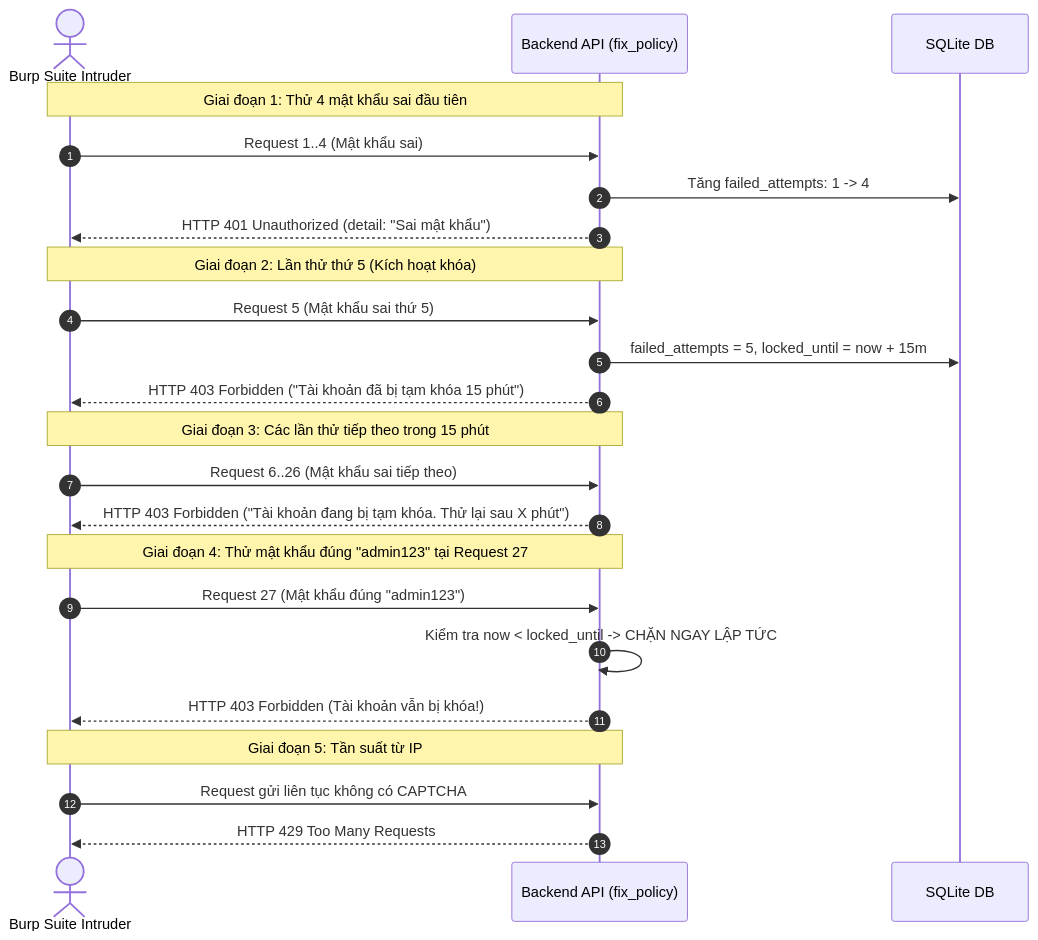
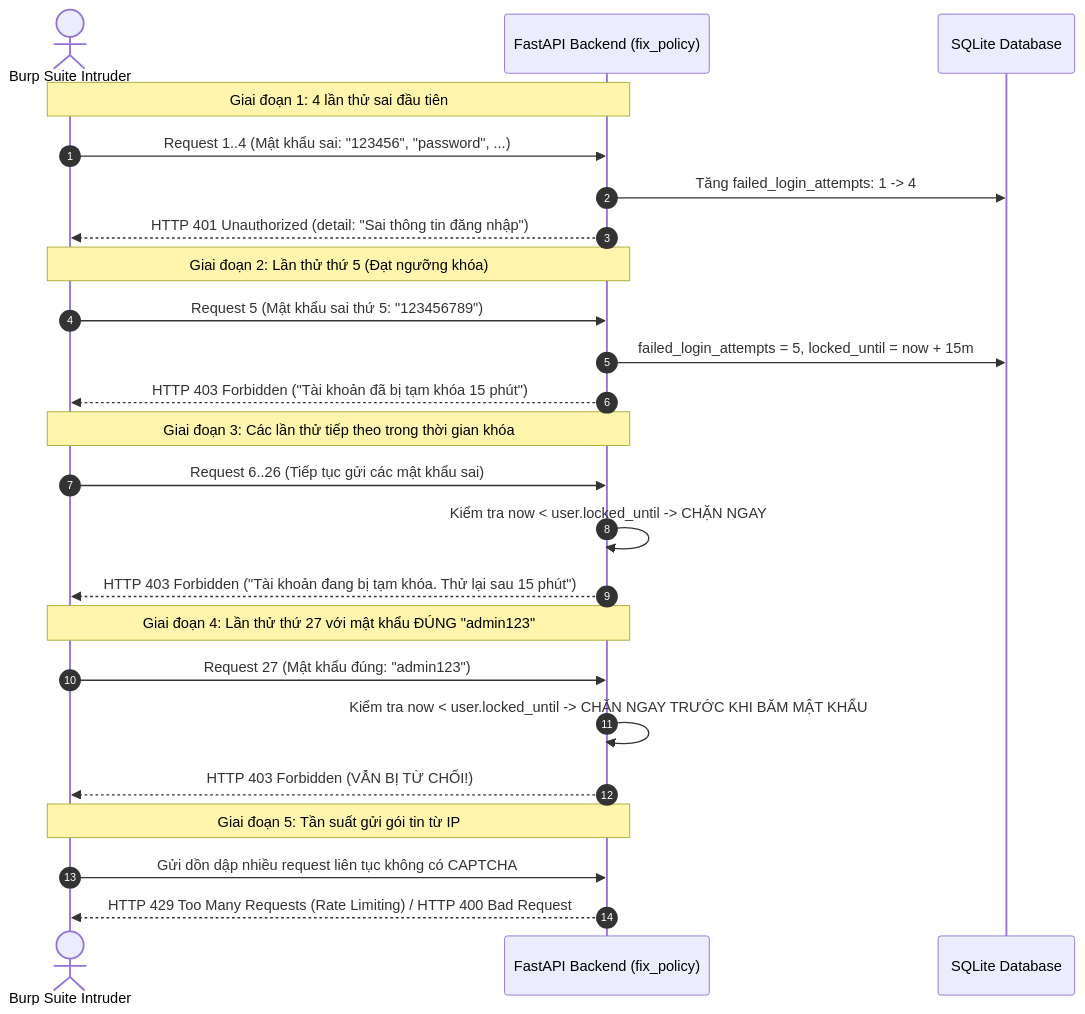
One commit to Johnyyd/ATMMT changed the diagram in chapter_content/Chuong4_TrienKhaiPhongThuVaPhanTich.md. Above: the diagram before and after it, drawn with Mermaid. The commit also changed other lines of this file and 6 other files, not shown here.

````diff
--- a/chapter_content/Chuong4_TrienKhaiPhongThuVaPhanTich.md
+++ b/chapter_content/Chuong4_TrienKhaiPhongThuVaPhanTich.md
@@ -156,30 +166,31 @@
 ```mermaid
 sequenceDiagram
     autonumber
     actor Attacker as Burp Suite Intruder
-    participant Server as Backend API (fix_policy)
-    participant DB as SQLite DB
+    participant Server as FastAPI Backend (fix_policy)
+    participant DB as SQLite Database
 
-    Note over Attacker,Server: Giai đoạn 1: Thử 4 mật khẩu sai đầu tiên
-    Attacker->>Server: Request 1..4 (Mật khẩu sai)
-    Server->>DB: Tăng failed_attempts: 1 -> 4
-    Server-->>Attacker: HTTP 401 Unauthorized (detail: "Sai mật khẩu")
+    Note over Attacker,Server: Giai đoạn 1: 4 lần thử sai đầu tiên
+    Attacker->>Server: Request 1..4 (Mật khẩu sai: "123456", "password", ...)
+    Server->>DB: Tăng failed_login_attempts: 1 -> 4
+    Server-->>Attacker: HTTP 401 Unauthorized (detail: "Sai thông tin đăng nhập")
 
-    Note over Attacker,Server: Giai đoạn 2: Lần thử thứ 5 (Kích hoạt khóa)
-    Attacker->>Server: Request 5 (Mật khẩu sai thứ 5)
-    Server->>DB: failed_attempts = 5, locked_until = now + 15m
+    Note over Attacker,Server: Giai đoạn 2: Lần thử thứ 5 (Đạt ngưỡng khóa)
+    Attacker->>Server: Request 5 (Mật khẩu sai thứ 5: "123456789")
+    Server->>DB: failed_login_attempts = 5, locked_until = now + 15m
     Server-->>Attacker: HTTP 403 Forbidden ("Tài khoản đã bị tạm khóa 15 phút")
 
-    Note over Attacker,Server: Giai đoạn 3: Các lần thử tiếp theo trong 15 phút
-    Attacker->>Server: Request 6..26 (Mật khẩu sai tiếp theo)
-    Server-->>Attacker: HTTP 403 Forbidden ("Tài khoản đang bị tạm khóa. Thử lại sau X phút")
+    Note over Attacker,Server: Giai đoạn 3: Các lần thử tiếp theo trong thời gian khóa
+    Attacker->>Server: Request 6..26 (Tiếp tục gửi các mật khẩu sai)
+    Server->>Server: Kiểm tra now < user.locked_until -> CHẶN NGAY
+    Server-->>Attacker: HTTP 403 Forbidden ("Tài khoản đang bị tạm khóa. Thử lại sau 15 phút")
 
-    Note over Attacker,Server: Giai đoạn 4: Thử mật khẩu đúng "admin123" tại Request 27
-    Attacker->>Server: Request 27 (Mật khẩu đúng "admin123")
-    Server->>Server: Kiểm tra now < locked_until -> CHẶN NGAY LẬP TỨC
-    Server-->>Attacker: HTTP 403 Forbidden (Tài khoản vẫn bị khóa!)
+    Note over Attacker,Server: Giai đoạn 4: Lần thử thứ 27 với mật khẩu ĐÚNG "admin123"
+    Attacker->>Server: Request 27 (Mật khẩu đúng: "admin123")
+    Server->>Server: Kiểm tra now < user.locked_until -> CHẶN NGAY TRƯỚC KHI BĂM MẬT KHẨU
+    Server-->>Attacker: HTTP 403 Forbidden (VẪN BỊ TỪ CHỐI!)
 
-    Note over Attacker,Server: Giai đoạn 5: Tần suất từ IP
-    Attacker->>Server: Request gửi liên tục không có CAPTCHA
-    Server-->>Attacker: HTTP 429 Too Many Requests
+    Note over Attacker,Server: Giai đoạn 5: Tần suất gửi gói tin từ IP
+    Attacker->>Server: Gửi dồn dập nhiều request liên tục không có CAPTCHA
+    Server-->>Attacker: HTTP 429 Too Many Requests (Rate Limiting) / HTTP 400 Bad Request
 ```
````
